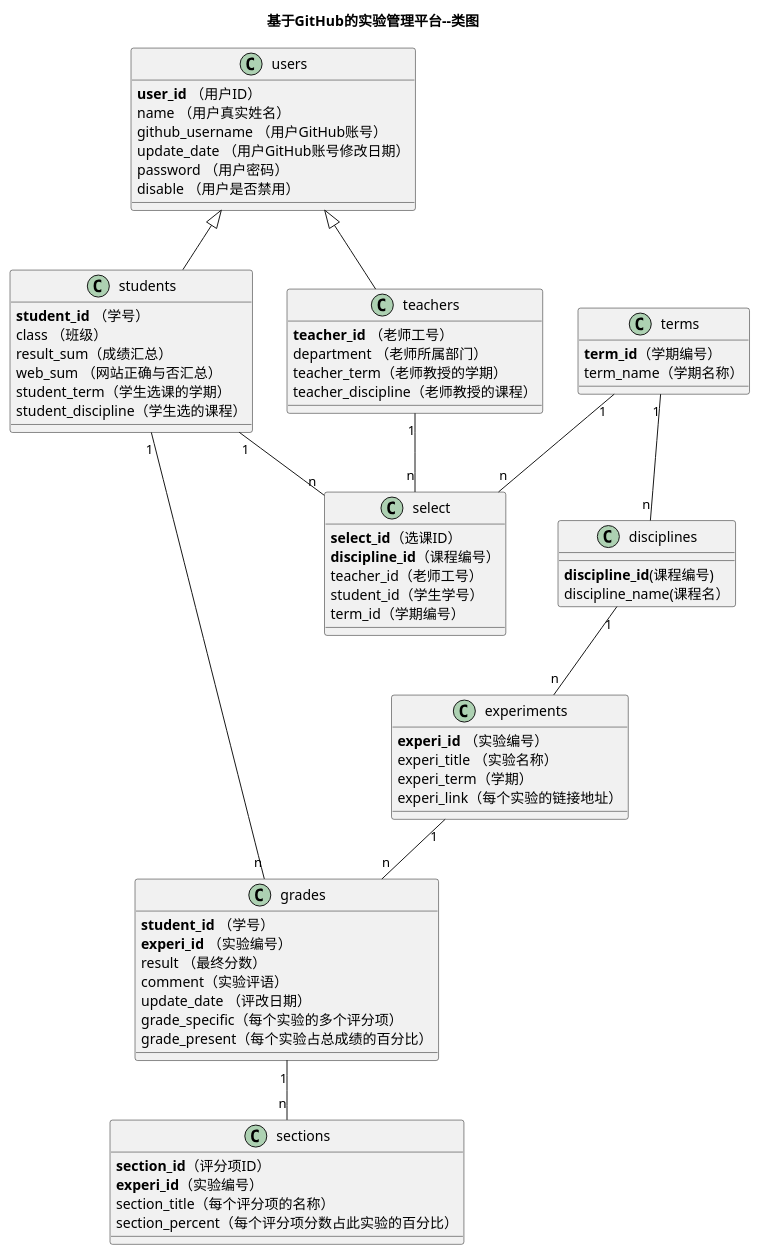
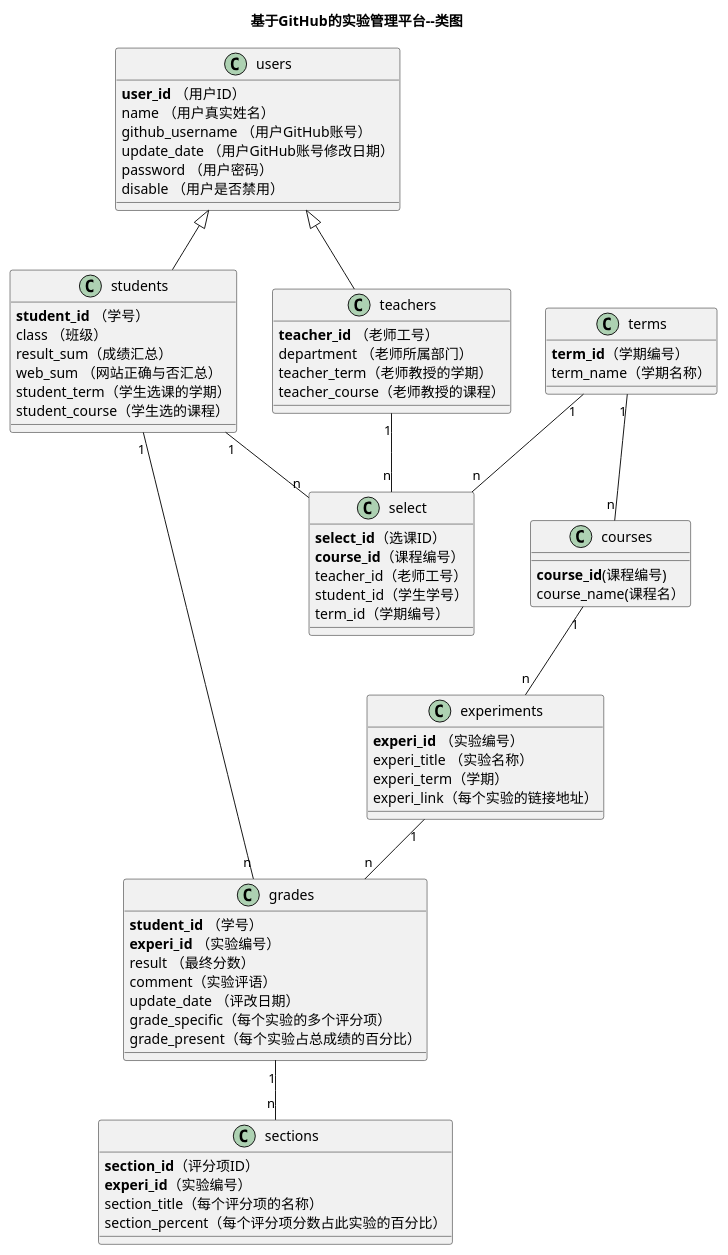
Before and after one commit to MinuteLight/is_analysis: the diagram in test6/src/class.puml, drawn with PlantUML.

```diff
--- a/test6/src/class.puml
+++ b/test6/src/class.puml
@@ -1,81 +1,81 @@
 @startuml
 title 基于GitHub的实验管理平台--类图
 class users {
     <b>user_id</b> （用户ID）
     name （用户真实姓名）
     github_username （用户GitHub账号）
     update_date （用户GitHub账号修改日期）
     password （用户密码）
     disable （用户是否禁用）
 }
 
 
 class teachers{
     <b>teacher_id</b> （老师工号）
     department （老师所属部门）
     teacher_term（老师教授的学期）
-    teacher_discipline（老师教授的课程）
+    teacher_course（老师教授的课程）
 }
 class students{
     <b>student_id</b> （学号）
     class （班级）
     result_sum（成绩汇总）
     web_sum （网站正确与否汇总）
     student_term（学生选课的学期）
-    student_discipline（学生选的课程）
+    student_course（学生选的课程）
 }
 
 users <|- students
 users <|-- teachers
 
 class grades {
     <b>student_id</b> （学号）
     <b>experi_id</b> （实验编号）
     result （最终分数）
     comment（实验评语）
     update_date （评改日期）
     grade_specific（每个实验的多个评分项）
     grade_present（每个实验占总成绩的百分比）
 }
 
 class experiments {
     <b>experi_id</b> （实验编号）
     experi_title （实验名称）
     experi_term（学期）
     experi_link（每个实验的链接地址）
 }
 
 class terms{
     <b>term_id</b>（学期编号）
     term_name（学期名称）
 }
 
-class disciplines{
-    <b>discipline_id</b>(课程编号)
-    discipline_name(课程名）
+class courses{
+    <b>course_id</b>(课程编号)
+    course_name(课程名）
 }
 
 class select{
     <b>select_id</b>（选课ID）
-    <b>discipline_id</b>（课程编号）
+    <b>course_id</b>（课程编号）
     teacher_id（老师工号）
     student_id（学生学号）
     term_id（学期编号）
 }
 class sections{
     <b>section_id</b>（评分项ID）
     <b>experi_id</b>（实验编号）
     section_title（每个评分项的名称）
     section_percent（每个评分项分数占此实验的百分比）
 }
 
 grades "1" -- "n" sections
 students "1" -- "n"  grades
 experiments "1" -- "n"  grades
 teachers "1" -- "n"  select
 students "1" -- "n"  select
-terms "1" -- "n"  disciplines
-disciplines "1" -- "n" experiments
+terms "1" -- "n"  courses
+courses "1" -- "n" experiments
 terms "1" -- "n"  select
 
 @enduml
```
